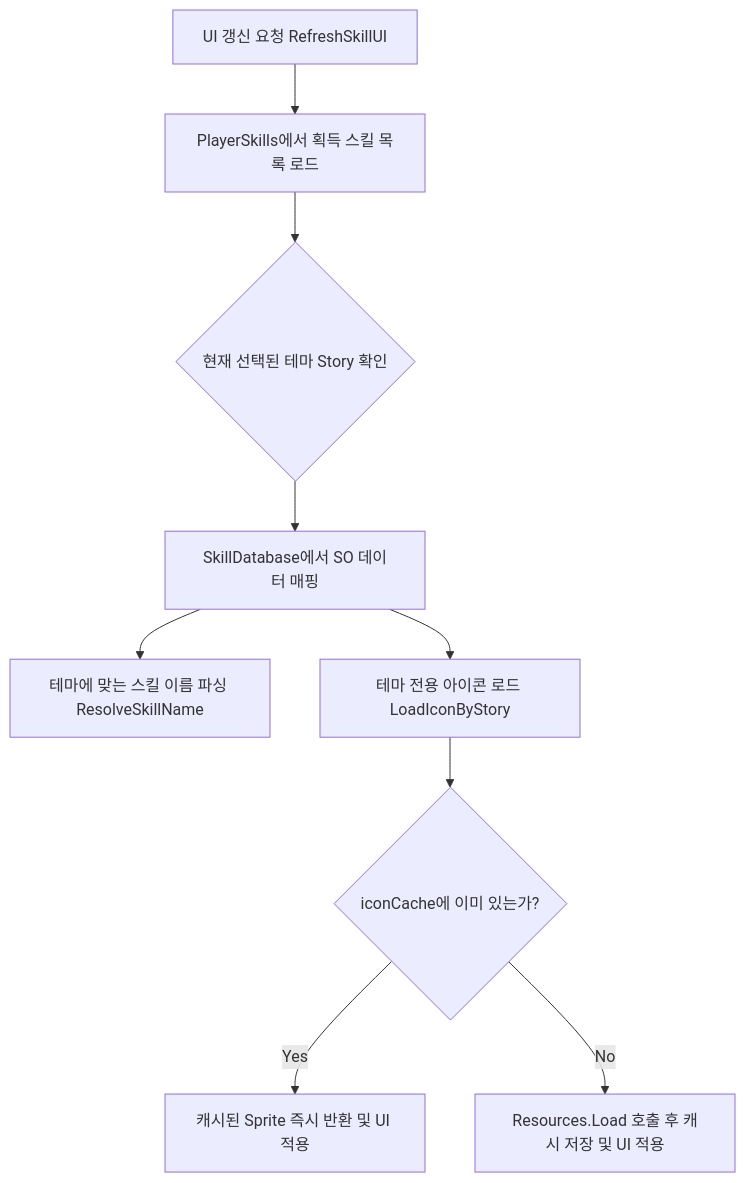
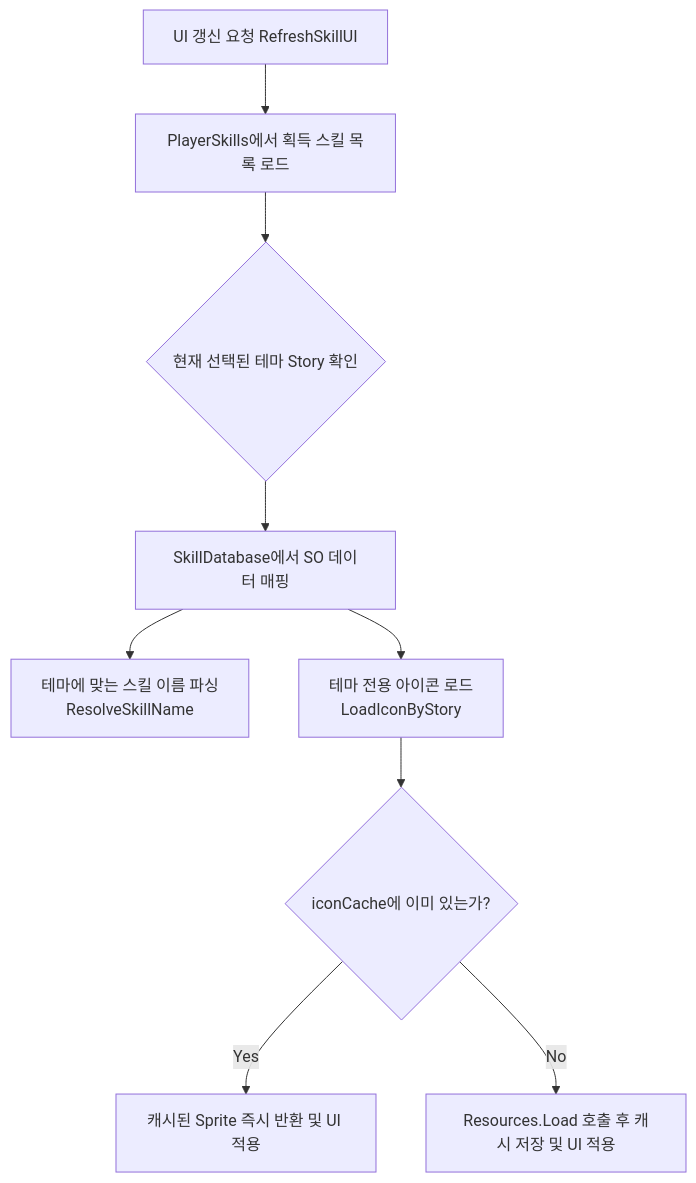
One commit to zergling-cute/zergling-cute changed the diagram in Project_TripleSurvivor/SkillUIManager.md. Above: the diagram before and after it, drawn with Mermaid.

````diff
--- a/Project_TripleSurvivor/SkillUIManager.md
+++ b/Project_TripleSurvivor/SkillUIManager.md
@@ -15,12 +15,12 @@
 ```mermaid
 flowchart TD
     A[UI 갱신 요청 RefreshSkillUI] --> B[PlayerSkills에서 획득 스킬 목록 로드]
     B --> C{현재 선택된 테마 Story 확인}
     C --> D[SkillDatabase에서 SO 데이터 매핑]
-    D --> E[테마에 맞는 스킬 이름 파싱 ResolveSkillName]
-    D --> F[테마 전용 아이콘 로드 LoadIconByStory]
+    D --> E[테마에 맞는 스킬 이름 파싱 <br>ResolveSkillName]
+    D --> F[테마 전용 아이콘 로드 <br>LoadIconByStory]
     
     F --> G{iconCache에 이미 있는가?}
     G -- Yes --> H[캐시된 Sprite 즉시 반환 및 UI 적용]
     G -- No --> I[Resources.Load 호출 후 캐시 저장 및 UI 적용]
 ```
````
